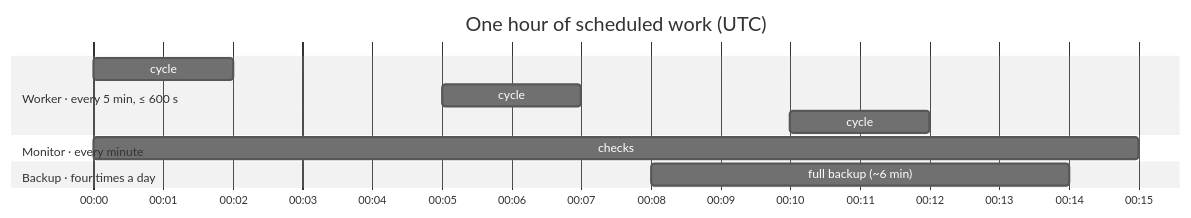
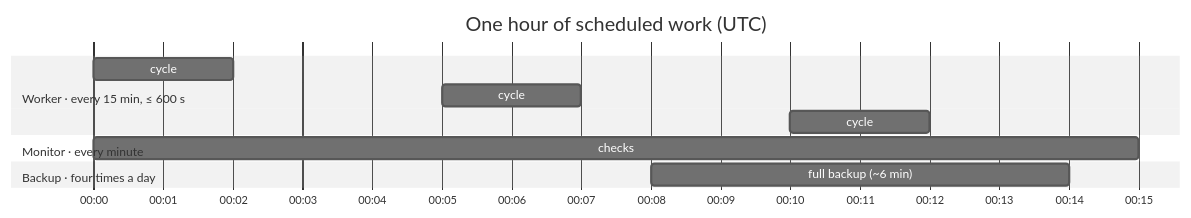
The first of 5 diagrams in docs/architecture/operations.md (Naman4561/us-election-results-pipeline), drawn with Mermaid (neutral theme) before and after one commit. The commit also changed 11 other files, not shown here.

````diff
--- a/docs/architecture/operations.md
+++ b/docs/architecture/operations.md
@@ -5,14 +5,14 @@
 ```mermaid
 gantt
     title One hour of scheduled work (UTC)
     dateFormat HH:mm
     axisFormat %H:%M
-    section Worker · every 5 min, ≤ 600 s
+    section Worker · every 15 min, ≤ 600 s
     cycle :00:00, 2m
     cycle :00:05, 2m
     cycle :00:10, 2m
     section Monitor · every minute
     checks :00:00, 15m
     section Backup · four times a day
     full backup (~6 min) :00:08, 6m
 ```
````
